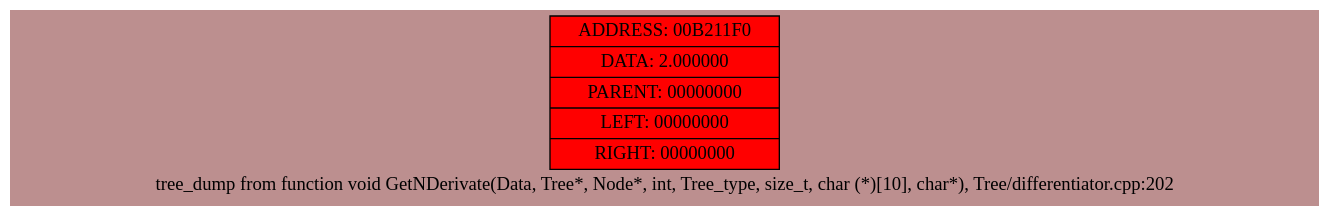
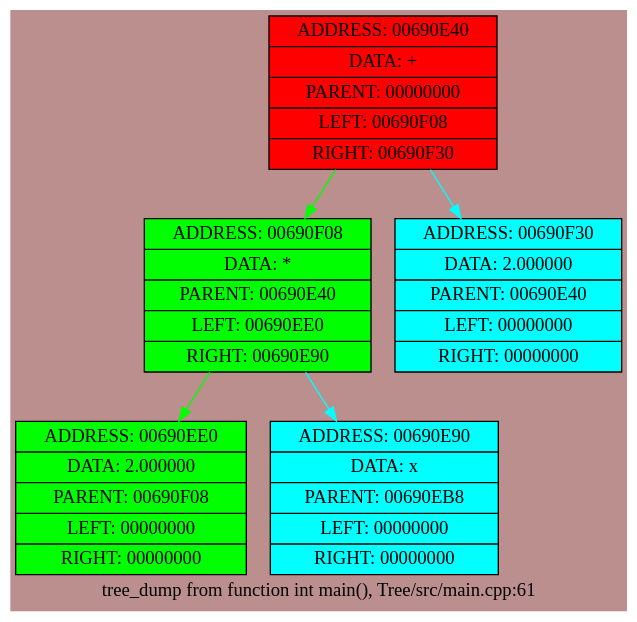
The diagram in dotfile1.dot (Amlola/Differentiator), drawn with Graphviz before and after one commit. The commit also changed 18 other files, not shown here.

```diff
--- a/dotfile1.dot
+++ b/dotfile1.dot
@@ -1,8 +1,16 @@
 digraph struct {bgcolor=RosyBrown rankdir = HR
 
 
-label = "tree_dump from function void GetNDerivate(Data, Tree*, Node*, int, Tree_type, size_t, char (*)[10], char*), Tree/differentiator.cpp:202";
-node0[shape=record, style=filled, fillcolor="red", label=" {ADDRESS: 00B211F0 | DATA: 2.000000 | PARENT: 00000000 | LEFT: 00000000 | RIGHT: 00000000}"];
+label = "tree_dump from function int main(), Tree/src/main.cpp:61";
+node0[shape=record, style=filled, fillcolor="red", label=" {ADDRESS: 00690E40 | DATA: + | PARENT: 00000000 | LEFT: 00690F08 | RIGHT: 00690F30}"];
+node0->node1 [color = "lime"];
+node1[shape=record, style=filled, fillcolor="lime", label=" {ADDRESS: 00690F08 | DATA: * | PARENT: 00690E40 | LEFT: 00690EE0 | RIGHT: 00690E90}"];
+node1->node2 [color = "lime"];
+node2[shape=record, style=filled, fillcolor="lime", label=" {ADDRESS: 00690EE0 | DATA: 2.000000 | PARENT: 00690F08 | LEFT: 00000000 | RIGHT: 00000000}"];
+node1->node3 [color = "aqua"];
+node3[shape=record, style=filled, fillcolor="aqua", label=" {ADDRESS: 00690E90 | DATA: x | PARENT: 00690EB8 | LEFT: 00000000 | RIGHT: 00000000}"];
+node0->node4 [color = "aqua"];
+node4[shape=record, style=filled, fillcolor="aqua", label=" {ADDRESS: 00690F30 | DATA: 2.000000 | PARENT: 00690E40 | LEFT: 00000000 | RIGHT: 00000000}"];
 
 
 }
```
